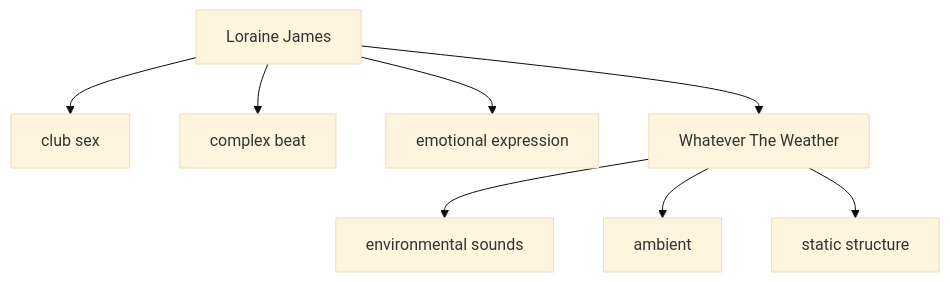
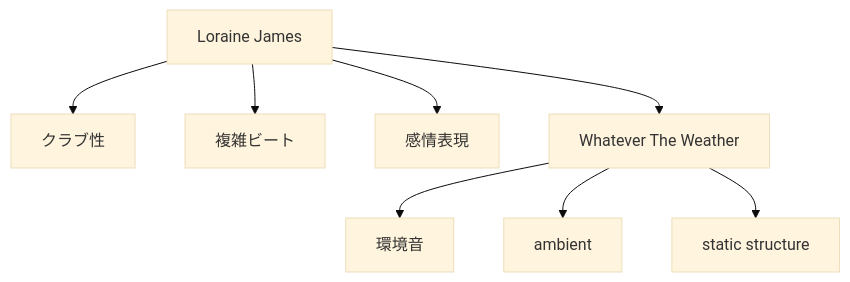
One commit to monumental-movement/monumental-movement.github.io changed the sixth of 11 diagrams in en/_posts/2026-05-24-column-loraine-james.md. Above: the diagram before and after it, drawn with Mermaid (base theme). The commit also changed other lines of this file and 2196 other files, not shown here.

```diff
--- a/en/_posts/2026-05-24-column-loraine-james.md
+++ b/en/_posts/2026-05-24-column-loraine-james.md
@@ -221,10 +221,10 @@
 <div class="mermaid">
 graph TD
-A[Loraine James] --> B[club sex]
-A --> C[complex beat]
-A --> D[emotional expression]
+A[Loraine James] --> B[クラブ性]
+A --> C[複雑ビート]
+A --> D[感情表現]
 A --> E[Whatever The Weather]
-E --> F[environmental sounds]
+E --> F[環境音]
 E --> G[ambient]
 E --> H[static structure]
 </div>
```
